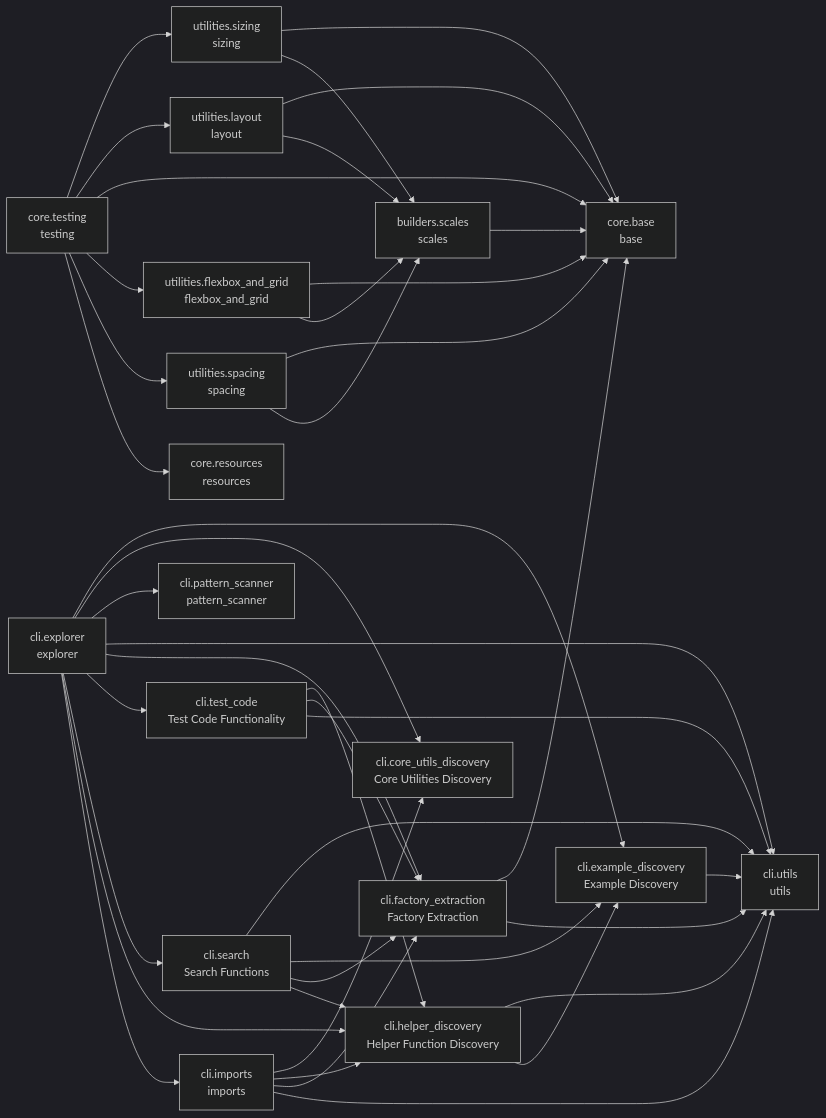
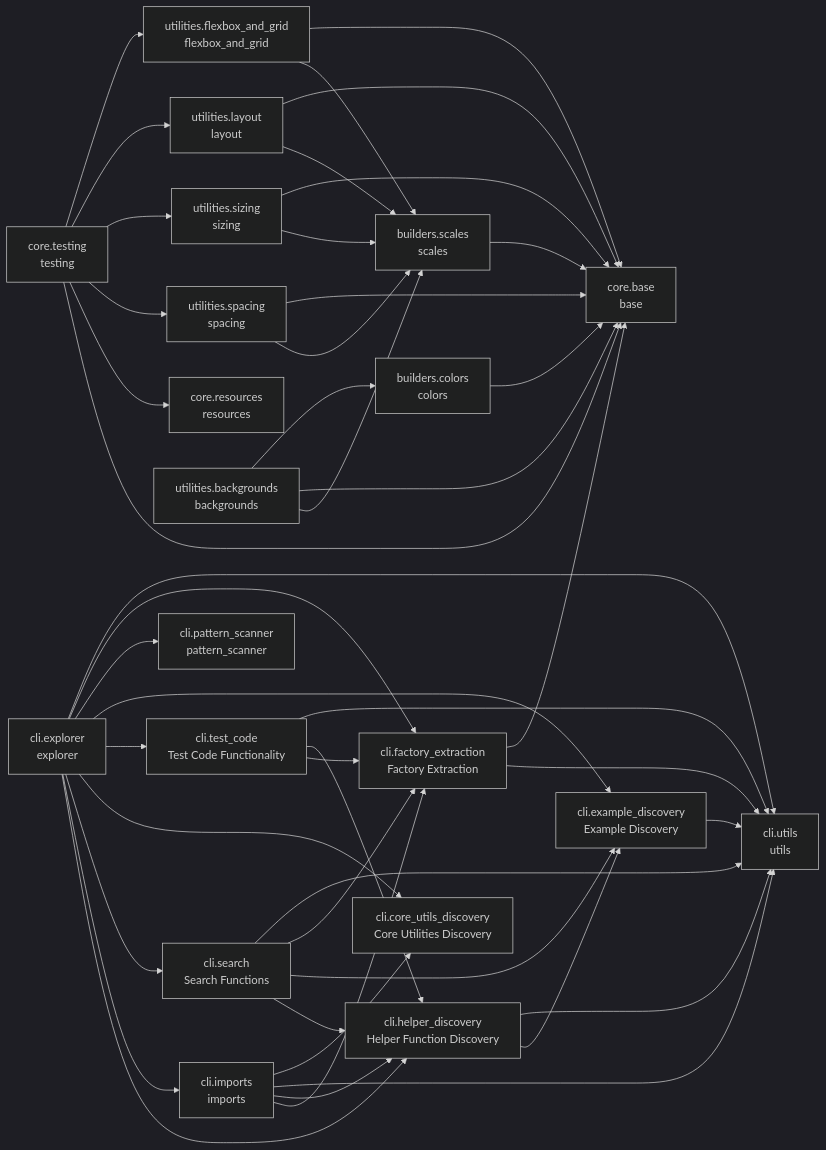
Before and after one commit to cj-mills/cjm-fasthtml-tailwind: the diagram in README.md, drawn with Mermaid (dark theme). The commit also changed other lines of this file and 7 other files, not shown here.

Commit message:
Add colors builder and background utilities.

````diff
--- a/README.md
+++ b/README.md
@@ -42,62 +44,68 @@
 ``` mermaid
 graph LR
+    builders_colors[builders.colors<br/>colors]
     builders_scales[builders.scales<br/>scales]
     cli_core_utils_discovery[cli.core_utils_discovery<br/>Core Utilities Discovery]
     cli_example_discovery[cli.example_discovery<br/>Example Discovery]
     cli_explorer[cli.explorer<br/>explorer]
     cli_factory_extraction[cli.factory_extraction<br/>Factory Extraction]
     cli_helper_discovery[cli.helper_discovery<br/>Helper Function Discovery]
     cli_imports[cli.imports<br/>imports]
     cli_pattern_scanner[cli.pattern_scanner<br/>pattern_scanner]
     cli_search[cli.search<br/>Search Functions]
     cli_test_code[cli.test_code<br/>Test Code Functionality]
     cli_utils[cli.utils<br/>utils]
     core_base[core.base<br/>base]
     core_resources[core.resources<br/>resources]
     core_testing[core.testing<br/>testing]
+    utilities_backgrounds[utilities.backgrounds<br/>backgrounds]
     utilities_flexbox_and_grid[utilities.flexbox_and_grid<br/>flexbox_and_grid]
     utilities_layout[utilities.layout<br/>layout]
     utilities_sizing[utilities.sizing<br/>sizing]
     utilities_spacing[utilities.spacing<br/>spacing]
 
+    builders_colors --> core_base
     builders_scales --> core_base
     cli_example_discovery --> cli_utils
-    cli_explorer --> cli_example_discovery
-    cli_explorer --> cli_core_utils_discovery
-    cli_explorer --> cli_pattern_scanner
     cli_explorer --> cli_utils
     cli_explorer --> cli_factory_extraction
+    cli_explorer --> cli_pattern_scanner
+    cli_explorer --> cli_example_discovery
     cli_explorer --> cli_test_code
+    cli_explorer --> cli_core_utils_discovery
     cli_explorer --> cli_search
+    cli_explorer --> cli_imports
     cli_explorer --> cli_helper_discovery
-    cli_explorer --> cli_imports
     cli_factory_extraction --> core_base
     cli_factory_extraction --> cli_utils
     cli_helper_discovery --> cli_utils
     cli_helper_discovery --> cli_example_discovery
     cli_imports --> cli_core_utils_discovery
+    cli_imports --> cli_utils
     cli_imports --> cli_helper_discovery
     cli_imports --> cli_factory_extraction
-    cli_imports --> cli_utils
     cli_search --> cli_utils
+    cli_search --> cli_factory_extraction
     cli_search --> cli_example_discovery
-    cli_search --> cli_factory_extraction
     cli_search --> cli_helper_discovery
+    cli_test_code --> cli_utils
     cli_test_code --> cli_helper_discovery
     cli_test_code --> cli_factory_extraction
-    cli_test_code --> cli_utils
+    core_testing --> utilities_flexbox_and_grid
+    core_testing --> utilities_layout
     core_testing --> utilities_sizing
-    core_testing --> utilities_layout
-    core_testing --> core_base
-    core_testing --> utilities_flexbox_and_grid
     core_testing --> utilities_spacing
     core_testing --> core_resources
+    core_testing --> core_base
+    utilities_backgrounds --> builders_colors
+    utilities_backgrounds --> core_base
+    utilities_backgrounds --> builders_scales
     utilities_flexbox_and_grid --> core_base
     utilities_flexbox_and_grid --> builders_scales
     utilities_layout --> core_base
     utilities_layout --> builders_scales
     utilities_sizing --> core_base
     utilities_sizing --> builders_scales
     utilities_spacing --> core_base
     utilities_spacing --> builders_scales
 ```
````
